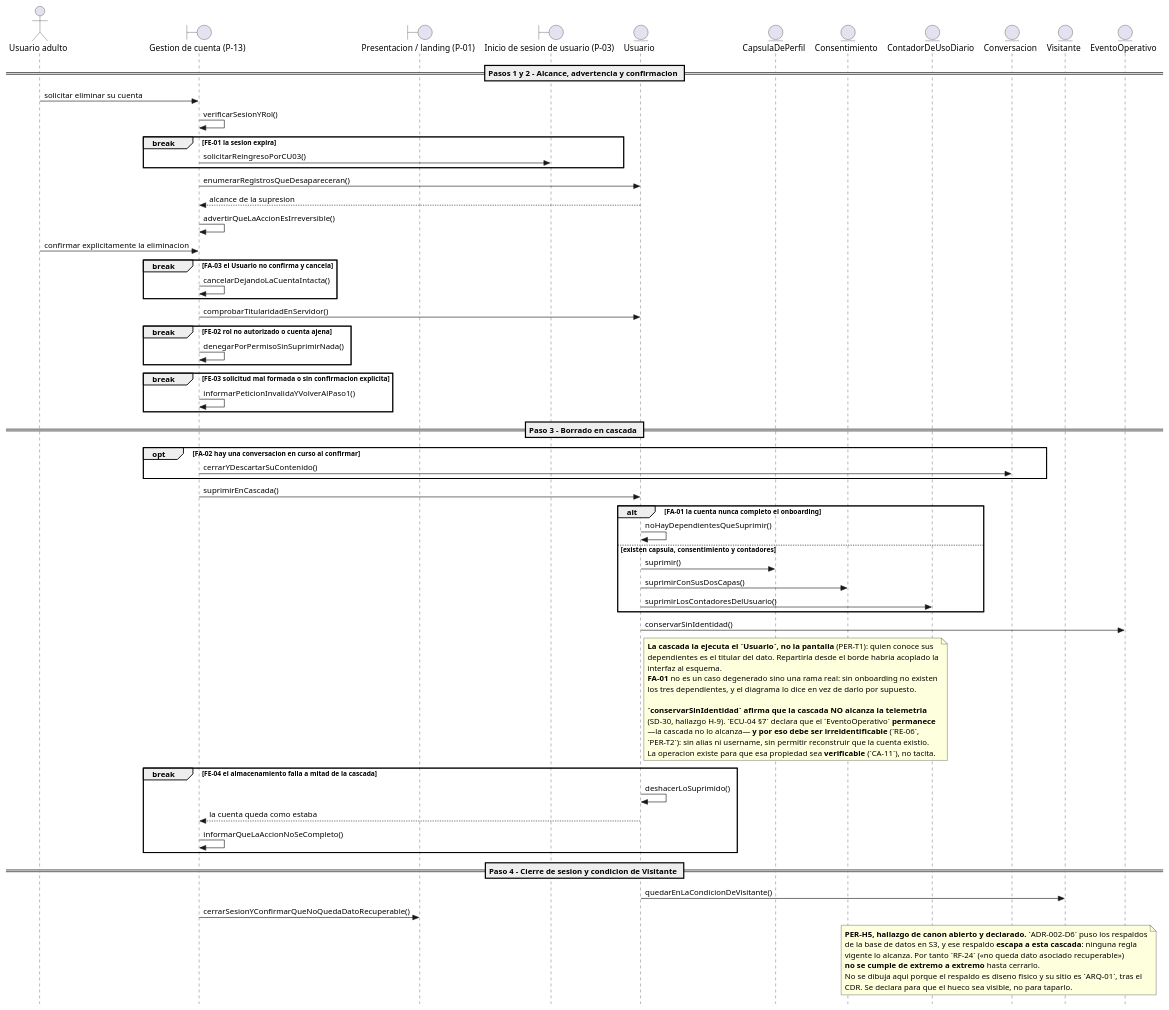
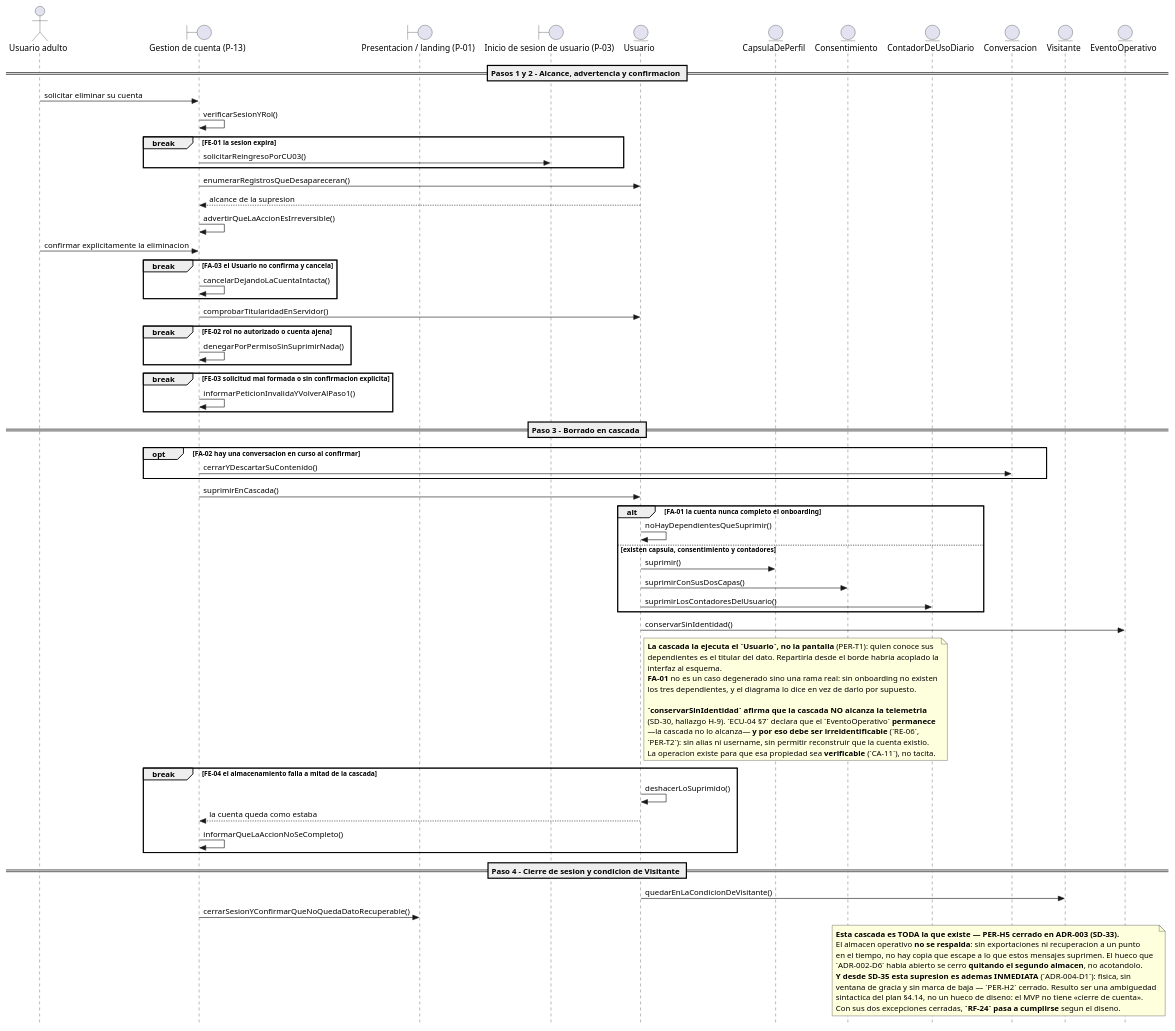
The diagram in docs/07_casos_uso/secuencia/puml/DS-04_secuencia_eliminar_cuenta.puml (jonatan8254/alan-aura-academico), drawn with PlantUML before and after one commit. The commit also changed 26 other files, not shown here.

```diff
--- a/docs/07_casos_uso/secuencia/puml/DS-04_secuencia_eliminar_cuenta.puml
+++ b/docs/07_casos_uso/secuencia/puml/DS-04_secuencia_eliminar_cuenta.puml
@@ -1,104 +1,106 @@
 @startuml
 ' DS-04 - Secuencia de CU-04 «Eliminar cuenta»
 ' v1.0 (fase de diseno detallado, ICONIX paso 6)
 ' Insumos: DR-04 v2.0 (11 controladores), ECU-04 v2.0, MD-01 v1.4, DCU-01 v2.1,
 '          DIS-00 (P-13; destinos P-01, P-03), PER-01 v1.2 (PER-T1), PRIV-01.
 ' Capa de infraestructura: NO EJECUTADA por decision declarada (E-1 de DS-00).
 
 skinparam style strictuml
 skinparam shadowing false
 skinparam responseMessageBelowArrow true
 
 actor "Usuario adulto" as ACT_Usuario
 boundary "Gestion de cuenta (P-13)" as B_PaginaGestionCuenta
 boundary "Presentacion / landing (P-01)" as B_PaginaPresentacion
 boundary "Inicio de sesion de usuario (P-03)" as B_PaginaInicioSesion
 entity "Usuario" as E_Usuario
 entity "CapsulaDePerfil" as E_CapsulaDePerfil
 entity "Consentimiento" as E_Consentimiento
 entity "ContadorDeUsoDiario" as E_ContadorDeUsoDiario
 entity "Conversacion" as E_Conversacion
 entity "Visitante" as E_Visitante
 entity "EventoOperativo" as E_EventoOperativo
 
 == Pasos 1 y 2 - Alcance, advertencia y confirmacion ==
 
 ACT_Usuario -> B_PaginaGestionCuenta : solicitar eliminar su cuenta
 B_PaginaGestionCuenta -> B_PaginaGestionCuenta : verificarSesionYRol()
 
 break FE-01 la sesion expira
   B_PaginaGestionCuenta -> B_PaginaInicioSesion : solicitarReingresoPorCU03()
 end
 
 B_PaginaGestionCuenta -> E_Usuario : enumerarRegistrosQueDesapareceran()
 E_Usuario --> B_PaginaGestionCuenta : alcance de la supresion
 B_PaginaGestionCuenta -> B_PaginaGestionCuenta : advertirQueLaAccionEsIrreversible()
 ACT_Usuario -> B_PaginaGestionCuenta : confirmar explicitamente la eliminacion
 
 break FA-03 el Usuario no confirma y cancela
   B_PaginaGestionCuenta -> B_PaginaGestionCuenta : cancelarDejandoLaCuentaIntacta()
 end
 
 B_PaginaGestionCuenta -> E_Usuario : comprobarTitularidadEnServidor()
 
 break FE-02 rol no autorizado o cuenta ajena
   B_PaginaGestionCuenta -> B_PaginaGestionCuenta : denegarPorPermisoSinSuprimirNada()
 end
 
 break FE-03 solicitud mal formada o sin confirmacion explicita
   B_PaginaGestionCuenta -> B_PaginaGestionCuenta : informarPeticionInvalidaYVolverAlPaso1()
 end
 
 == Paso 3 - Borrado en cascada ==
 
 opt FA-02 hay una conversacion en curso al confirmar
   B_PaginaGestionCuenta -> E_Conversacion : cerrarYDescartarSuContenido()
 end
 
 B_PaginaGestionCuenta -> E_Usuario : suprimirEnCascada()
 
 alt FA-01 la cuenta nunca completo el onboarding
   E_Usuario -> E_Usuario : noHayDependientesQueSuprimir()
 else existen capsula, consentimiento y contadores
   E_Usuario -> E_CapsulaDePerfil : suprimir()
   E_Usuario -> E_Consentimiento : suprimirConSusDosCapas()
   E_Usuario -> E_ContadorDeUsoDiario : suprimirLosContadoresDelUsuario()
 end
 
 E_Usuario -> E_EventoOperativo : conservarSinIdentidad()
 
 note right of E_Usuario
   <b>La cascada la ejecuta el `Usuario`, no la pantalla</b> (PER-T1): quien conoce sus
   dependientes es el titular del dato. Repartirla desde el borde habria acoplado la
   interfaz al esquema.
   <b>FA-01</b> no es un caso degenerado sino una rama real: sin onboarding no existen
   los tres dependientes, y el diagrama lo dice en vez de darlo por supuesto.
 
   <b>`conservarSinIdentidad` afirma que la cascada NO alcanza la telemetria</b>
   (SD-30, hallazgo H-9). `ECU-04 §7` declara que el `EventoOperativo` <b>permanece</b>
   —la cascada no lo alcanza— <b>y por eso debe ser irreidentificable</b> (`RE-06`,
   `PER-T2`): sin alias ni username, sin permitir reconstruir que la cuenta existio.
   La operacion existe para que esa propiedad sea <b>verificable</b> (`CA-11`), no tacita.
 end note
 
 break FE-04 el almacenamiento falla a mitad de la cascada
   E_Usuario -> E_Usuario : deshacerLoSuprimido()
   E_Usuario --> B_PaginaGestionCuenta : la cuenta queda como estaba
   B_PaginaGestionCuenta -> B_PaginaGestionCuenta : informarQueLaAccionNoSeCompleto()
 end
 
 == Paso 4 - Cierre de sesion y condicion de Visitante ==
 
 E_Usuario -> E_Visitante : quedarEnLaCondicionDeVisitante()
 B_PaginaGestionCuenta -> B_PaginaPresentacion : cerrarSesionYConfirmarQueNoQuedaDatoRecuperable()
 
 note over E_ContadorDeUsoDiario, E_Visitante
-  <b>PER-H5, hallazgo de canon abierto y declarado.</b> `ADR-002-D6` puso los respaldos
-  de la base de datos en S3, y ese respaldo <b>escapa a esta cascada</b>: ninguna regla
-  vigente lo alcanza. Por tanto `RF-24` («no queda dato asociado recuperable»)
-  <b>no se cumple de extremo a extremo</b> hasta cerrarlo.
-  No se dibuja aqui porque el respaldo es diseno fisico y su sitio es `ARQ-01`, tras el
-  CDR. Se declara para que el hueco sea visible, no para taparlo.
+  <b>Esta cascada es TODA la que existe — PER-H5 cerrado en ADR-003 (SD-33).</b>
+  El almacen operativo <b>no se respalda</b>: sin exportaciones ni recuperacion a un punto
+  en el tiempo, no hay copia que escape a lo que estos mensajes suprimen. El hueco que
+  `ADR-002-D6` habia abierto se cerro <b>quitando el segundo almacen</b>, no acotandolo.
+  <b>Y desde SD-35 esta supresion es ademas INMEDIATA</b> (`ADR-004-D1`): fisica, sin
+  ventana de gracia y sin marca de baja — `PER-H2` cerrado. Resulto ser una ambiguedad
+  sintactica del plan §4.14, no un hueco de diseno: el MVP no tiene «cierre de cuenta».
+  Con sus dos excepciones cerradas, <b>`RF-24` pasa a cumplirse</b> segun el diseno.
 end note
 
 @enduml
```
